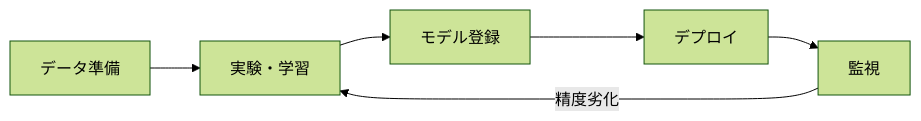
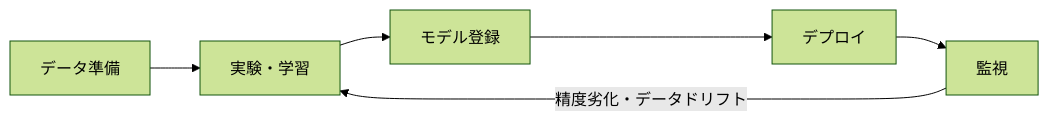
One commit to divetojp/kenshu changed the first of 2 diagrams in MLOps概要.md. Above: the diagram before and after it, drawn with Mermaid (forest theme). The commit also changed other lines of this file and 14 other files, not shown here.

````diff
--- a/MLOps概要.md
+++ b/MLOps概要.md
@@ -22,8 +40,8 @@
 ```mermaid
 flowchart LR
     A[データ準備] --> B[実験・学習]
     B --> C[モデル登録]
     C --> D[デプロイ]
     D --> E[監視]
-    E -->|精度劣化| B
+    E -->|精度劣化・データドリフト| B
 ```
````
